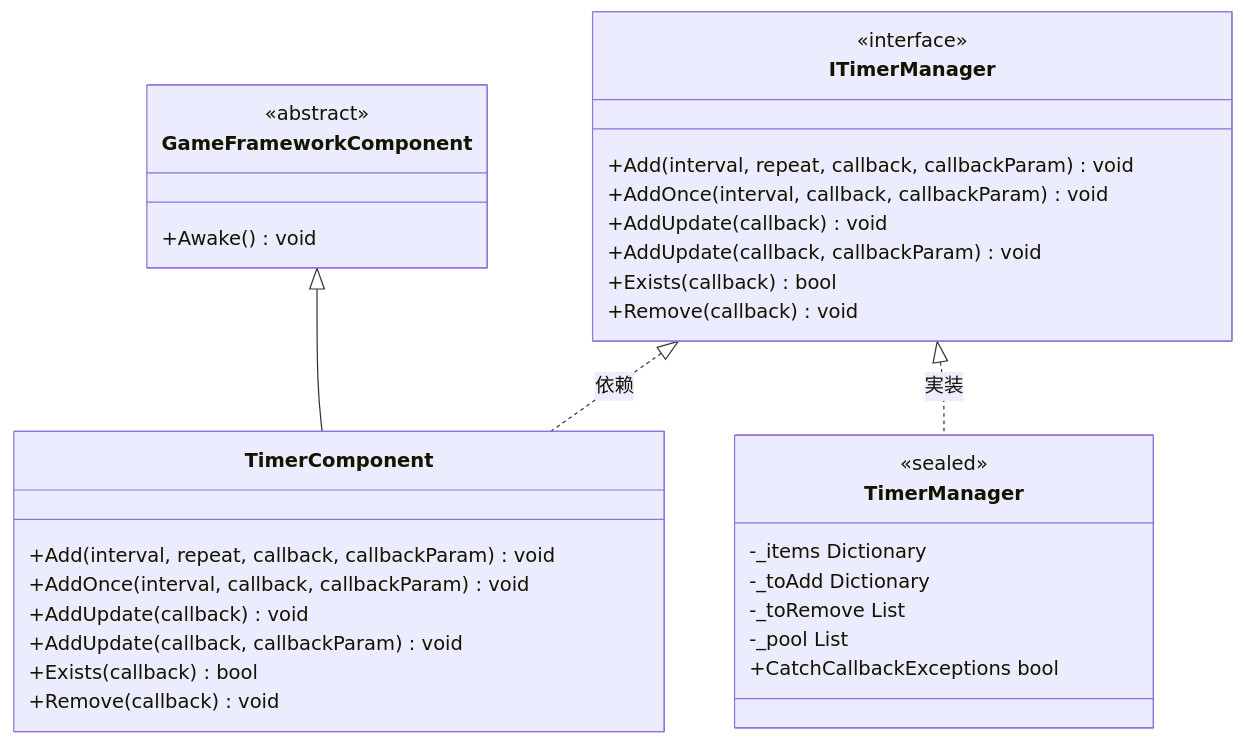
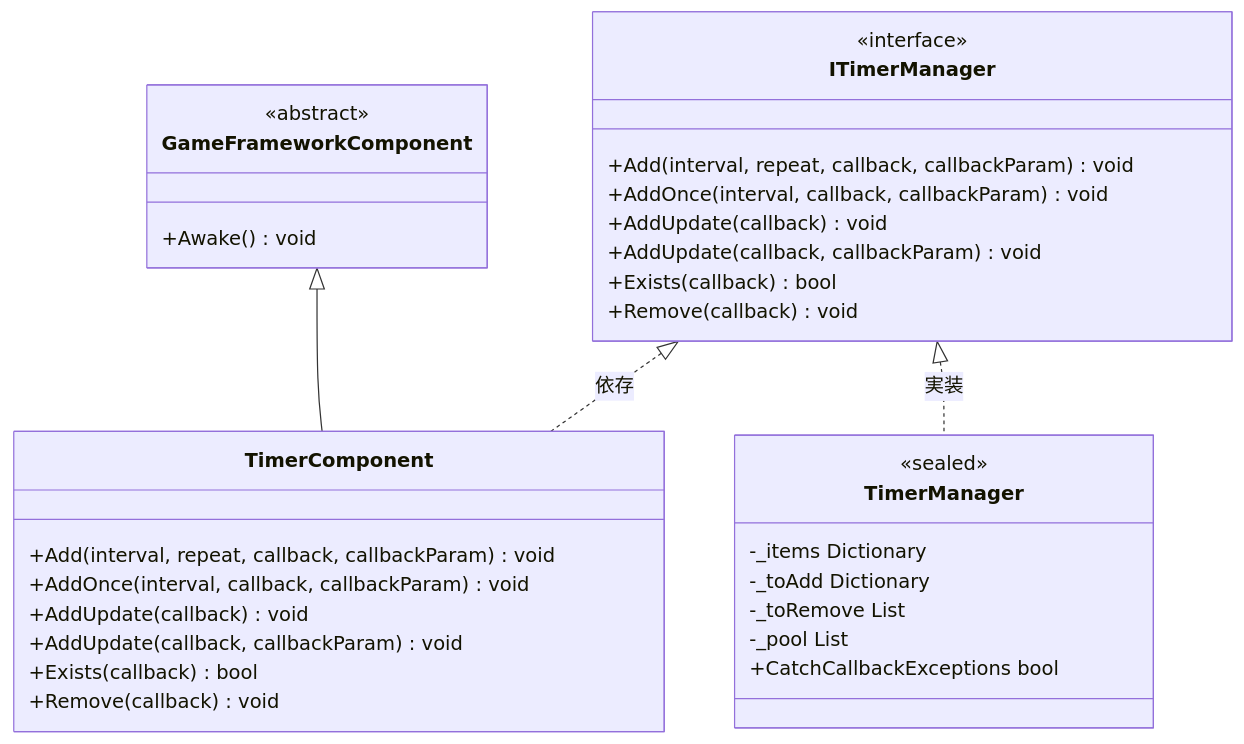
One commit to AlianBlank/GameFrameX.Docs changed the first of 3 diagrams in docs/ja/client/unity/component/timer/05.timer-component.md. Above: the diagram before and after it, drawn with Mermaid. The commit also changed other lines of this file and 320 other files, not shown here.

````diff
--- a/docs/ja/client/unity/component/timer/05.timer-component.md
+++ b/docs/ja/client/unity/component/timer/05.timer-component.md
@@ -11,39 +11,39 @@
 ```mermaid
 classDiagram
     class GameFrameworkComponent {
         <<abstract>>
         +Awake() void
     }
-    
+
     class TimerComponent {
         +Add(interval, repeat, callback, callbackParam) void
         +AddOnce(interval, callback, callbackParam) void
         +AddUpdate(callback) void
         +AddUpdate(callback, callbackParam) void
         +Exists(callback) bool
         +Remove(callback) void
     }
-    
+
     class ITimerManager {
         <<interface>>
         +Add(interval, repeat, callback, callbackParam) void
         +AddOnce(interval, callback, callbackParam) void
         +AddUpdate(callback) void
         +AddUpdate(callback, callbackParam) void
         +Exists(callback) bool
         +Remove(callback) void
     }
-    
+
     class TimerManager {
         <<sealed>>
         -_items Dictionary
         -_toAdd Dictionary
         -_toRemove List
         -_pool List
         +CatchCallbackExceptions bool
     }
-    
+
     GameFrameworkComponent <|-- TimerComponent
-    ITimerManager <|.. TimerComponent : 依赖
+    ITimerManager <|.. TimerComponent : 依存
     ITimerManager <|.. TimerManager : 実装
 ```
````
